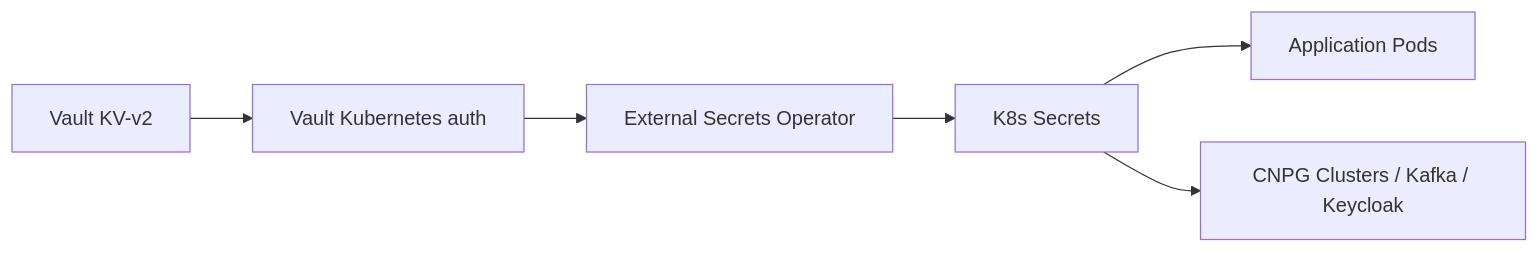
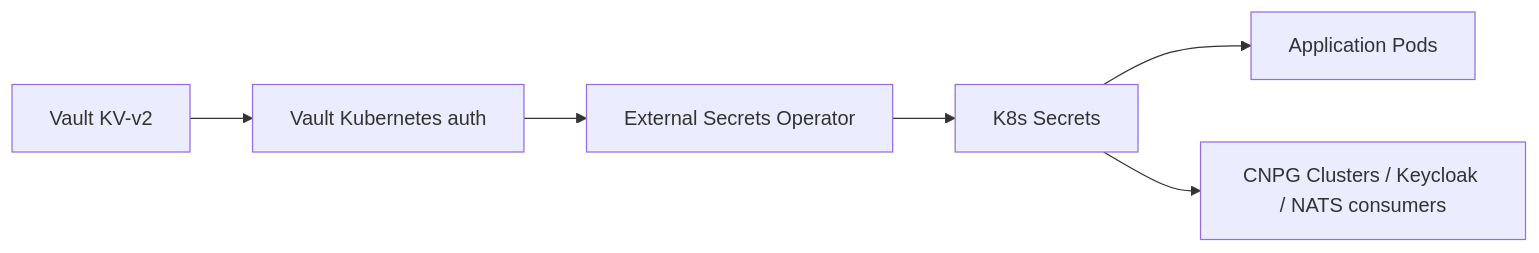
One commit to sca-templates/infra-kubernetes changed the diagram in docs/secrets.md. Above: the diagram before and after it, drawn with Mermaid. The commit also changed other lines of this file and 60 other files, not shown here.

First line of the commit message:
refactor: remove kafka and strimzi after nats migration

````diff
--- a/docs/secrets.md
+++ b/docs/secrets.md
@@ -15,8 +15,8 @@
 ```mermaid
 graph LR
     A[Vault KV-v2] --> B[Vault Kubernetes auth]
     B --> C[External Secrets Operator]
     C --> D[K8s Secrets]
     D --> E[Application Pods]
-    D --> F[CNPG Clusters / Kafka / Keycloak]
+    D --> F[CNPG Clusters / Keycloak / NATS consumers]
 ```
````
